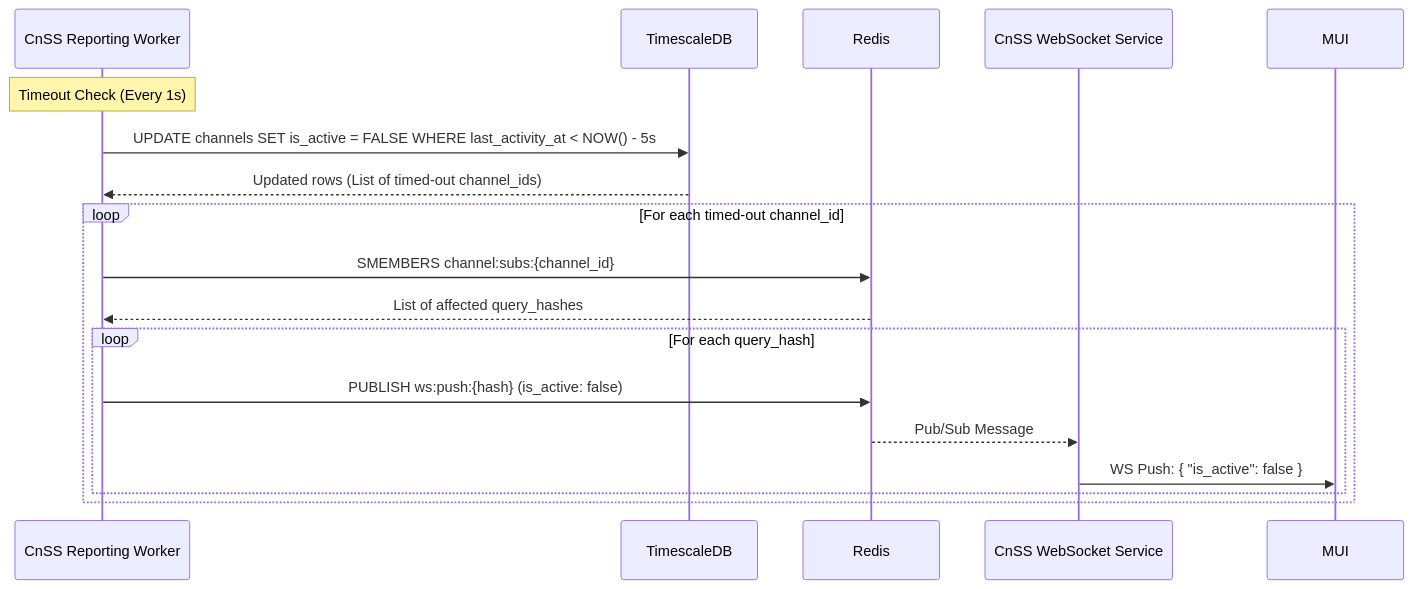
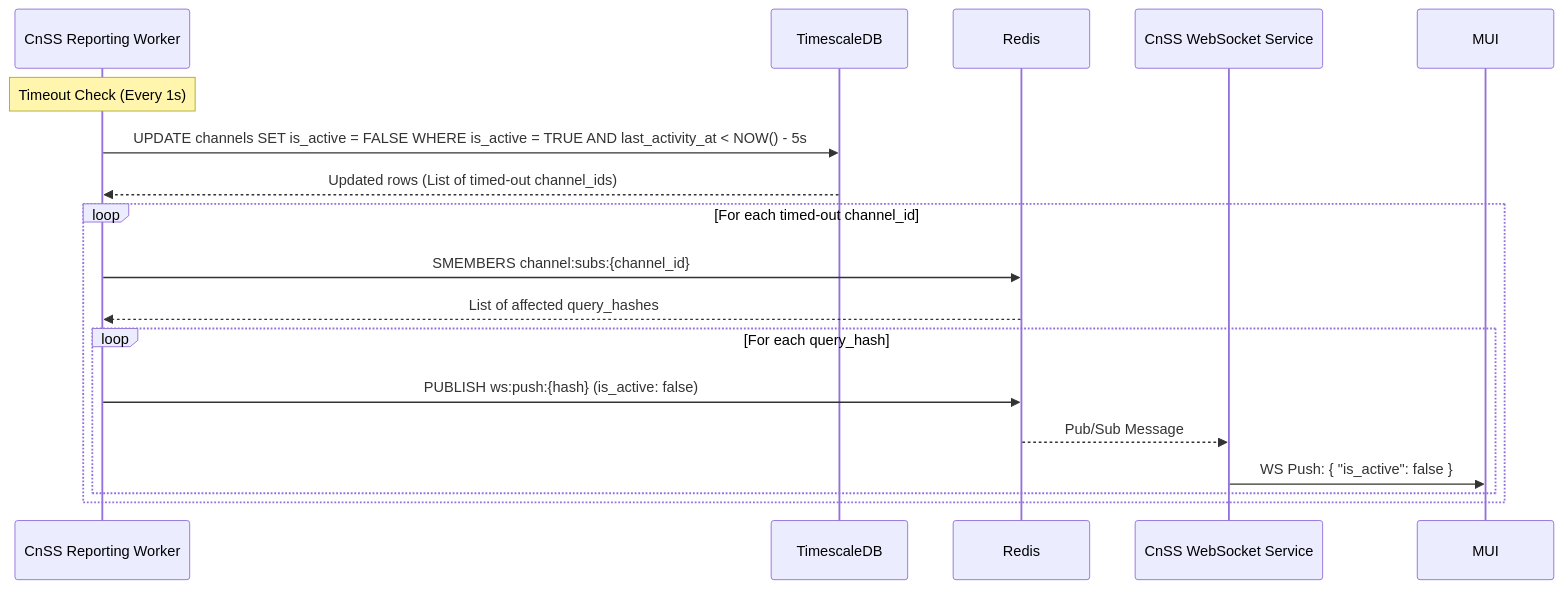
One commit to SWP-47/traffic-processing-platform changed the third of 5 diagrams in docs/system-documentation.md. Above: the diagram before and after it, drawn with Mermaid. The commit also changed other lines of this file and 4 other files, not shown here.

````diff
--- a/docs/system-documentation.md
+++ b/docs/system-documentation.md
@@ -199,23 +316,23 @@
 ```mermaid
 sequenceDiagram
     participant Report as CnSS Reporting Worker
     participant DB as TimescaleDB
     participant Redis as Redis
     participant WS as CnSS WebSocket Service
     participant MUI as MUI
 
     Note over Report: Timeout Check (Every 1s)
-    Report->>DB: UPDATE channels SET is_active = FALSE WHERE last_activity_at < NOW() - 5s
+    Report->>DB: UPDATE channels SET is_active = FALSE WHERE is_active = TRUE AND last_activity_at < NOW() - 5s
     DB-->>Report: Updated rows (List of timed-out channel_ids)
     
     loop For each timed-out channel_id
         Report->>Redis: SMEMBERS channel:subs:{channel_id}
         Redis-->>Report: List of affected query_hashes
         
         loop For each query_hash
             Report->>Redis: PUBLISH ws:push:{hash} (is_active: false)
             Redis-->>WS: Pub/Sub Message
             WS->>MUI: WS Push: { "is_active": false }
         end
     end
 ```
````
